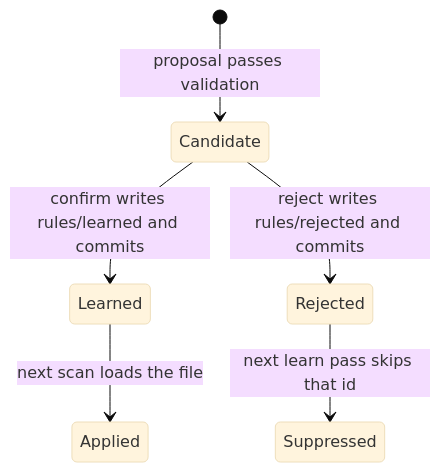
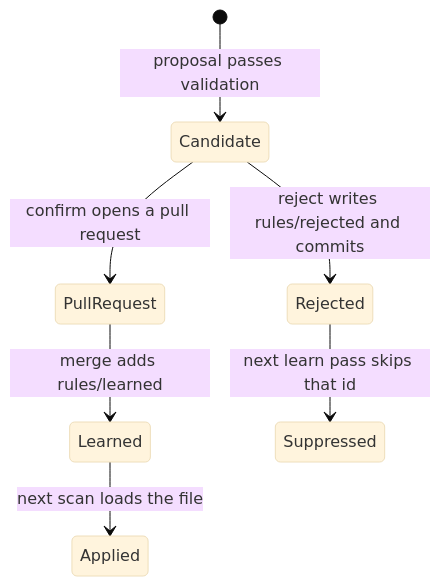
One commit to nunombispo/bad-code-patterns-scanner changed the third of 4 diagrams in docs/architecture.md. Above: the diagram before and after it, drawn with Mermaid (base theme). The commit also changed other lines of this file and 4 other files, not shown here.

First line of the commit message:
Open a pull request when a learned pattern is confirmed.

````diff
--- a/docs/architecture.md
+++ b/docs/architecture.md
@@ -109,8 +109,9 @@
 ```mermaid
 stateDiagram-v2
   [*] --> Candidate: proposal passes validation
-  Candidate --> Learned: confirm writes rules/learned and commits
+  Candidate --> PullRequest: confirm opens a pull request
+  PullRequest --> Learned: merge adds rules/learned
   Candidate --> Rejected: reject writes rules/rejected and commits
   Learned --> Applied: next scan loads the file
   Rejected --> Suppressed: next learn pass skips that id
 ```
````
